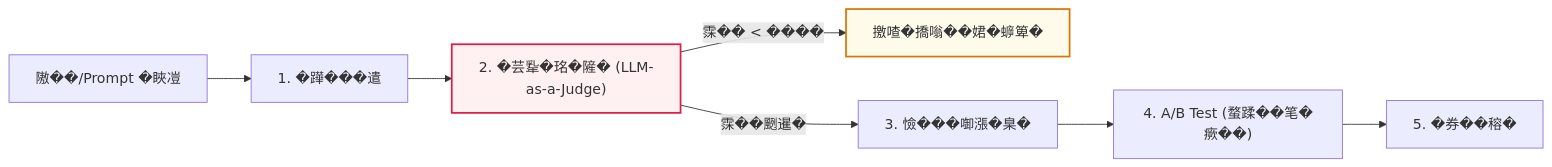
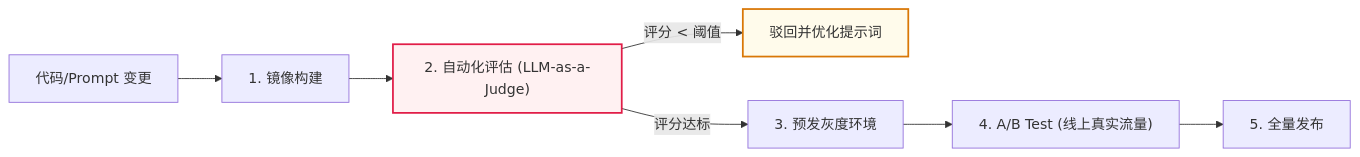
Diagram 13 of 13 in doc/AI_Knowledge_Roadmap.md (wangchong2023/lang-chain-graph), drawn with Mermaid before and after one commit. The commit also changed other lines of this file, not shown here.

Commit message:
docs: update AI knowledge roadmap with new learning resources and milestones

````diff
--- a/doc/AI_Knowledge_Roadmap.md
+++ b/doc/AI_Knowledge_Roadmap.md
@@ -1312,12 +1096,12 @@
 ```mermaid
 graph LR
-    Code["隞��/Prompt �䀹凒"] --> Build["1. �𨅯���遣"]
-    Build --> Eval["2. �芸𢆡�𤥁�隡� (LLM-as-a-Judge)"]
-    Eval -- "霂�� < ����" --> Rebuild["撽喳�撟嗡��𡝗�蝷箄�"]
-    Eval -- "霂��颲暹�" --> PreProd["3. 憸���啣漲�臬�"]
-    PreProd --> A_B["4. A/B Test (蝥蹂��笔�瘚��)"]
-    A_B --> Release["5. �券��穃�"]
+    Code["代码/Prompt 变更"] --> Build["1. 镜像构建"]
+    Build --> Eval["2. 自动化评估 (LLM-as-a-Judge)"]
+    Eval -- "评分 < 阈值" --> Rebuild["驳回并优化提示词"]
+    Eval -- "评分达标" --> PreProd["3. 预发灰度环境"]
+    PreProd --> A_B["4. A/B Test (线上真实流量)"]
+    A_B --> Release["5. 全量发布"]
 
     style Eval fill:#fff1f2,stroke:#e11d48,stroke-width:2px
     style Rebuild fill:#fffbeb,stroke:#d97706,stroke-width:2px
 ```
````
